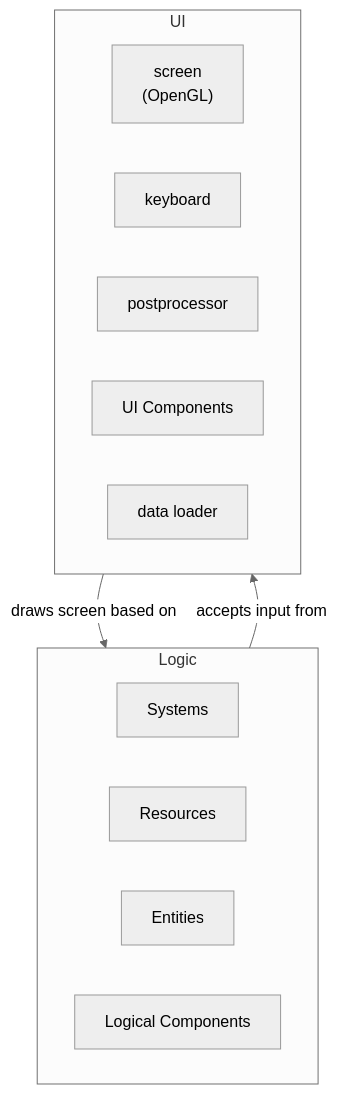
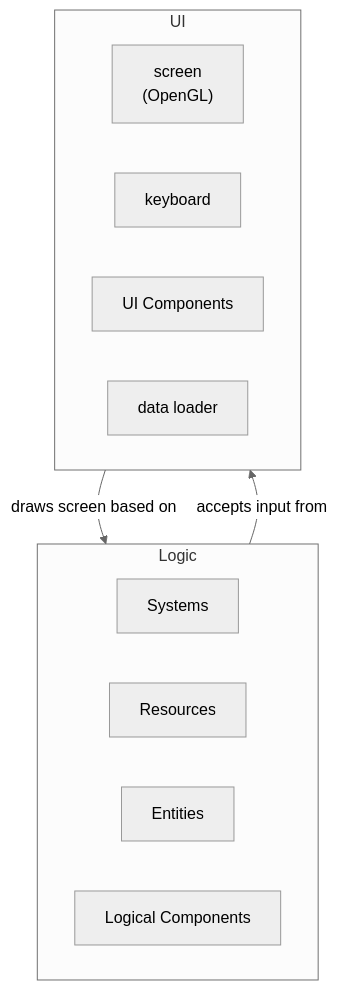
The diagram in docs/report.md (eulambda/cg_term_project), drawn with Mermaid (neutral theme) before and after one commit. The commit also changed other lines of this file and 10 other files, not shown here.

````diff
--- a/docs/report.md
+++ b/docs/report.md
@@ -78,18 +76,17 @@
 ```mermaid
 graph TD;
     subgraph Logic
     Systems
     Resources
     Entities
     Components["Logical Components"]
     end
     subgraph UI
     screen["screen\n(OpenGL)"]
     keyboard
-    postprocessor
     ui_components["UI Components"]
     dataloader["data loader"]
     end
     Logic-->|accepts input from|UI;
     UI-->|draws screen based on|Logic;
 ```
````
